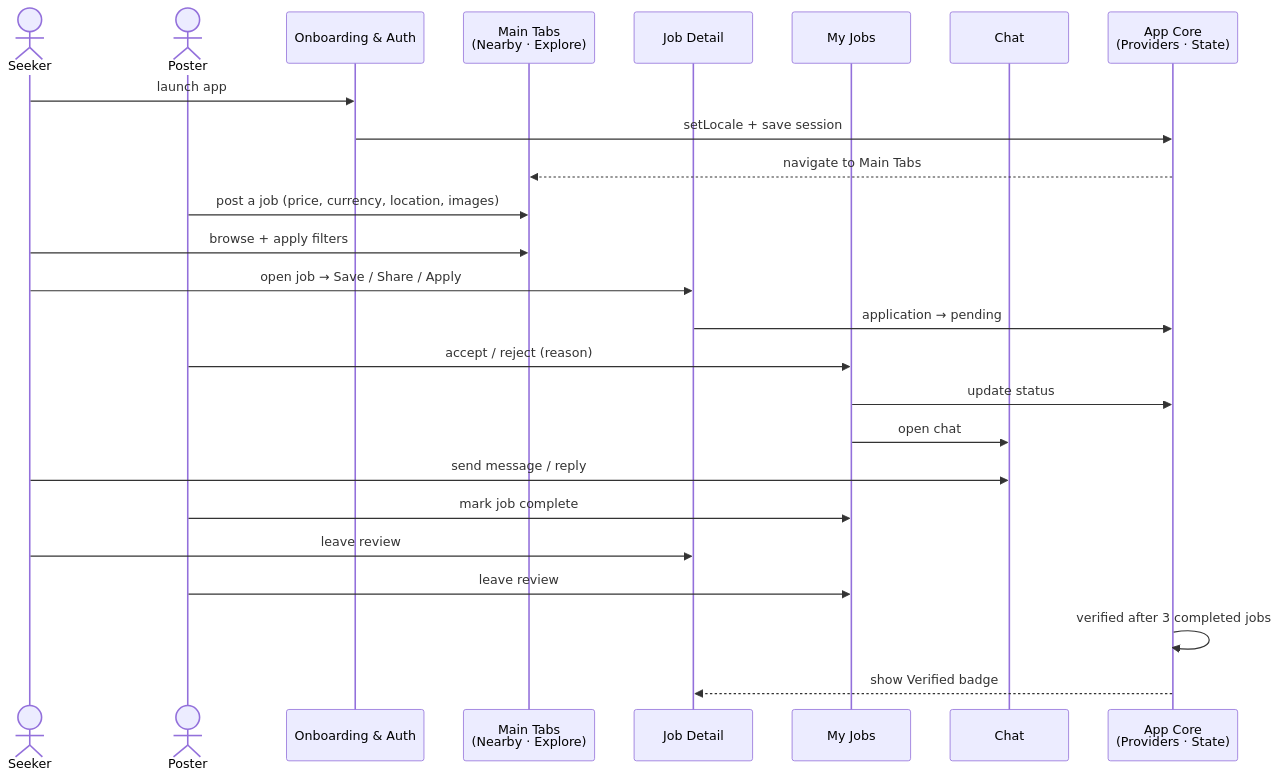
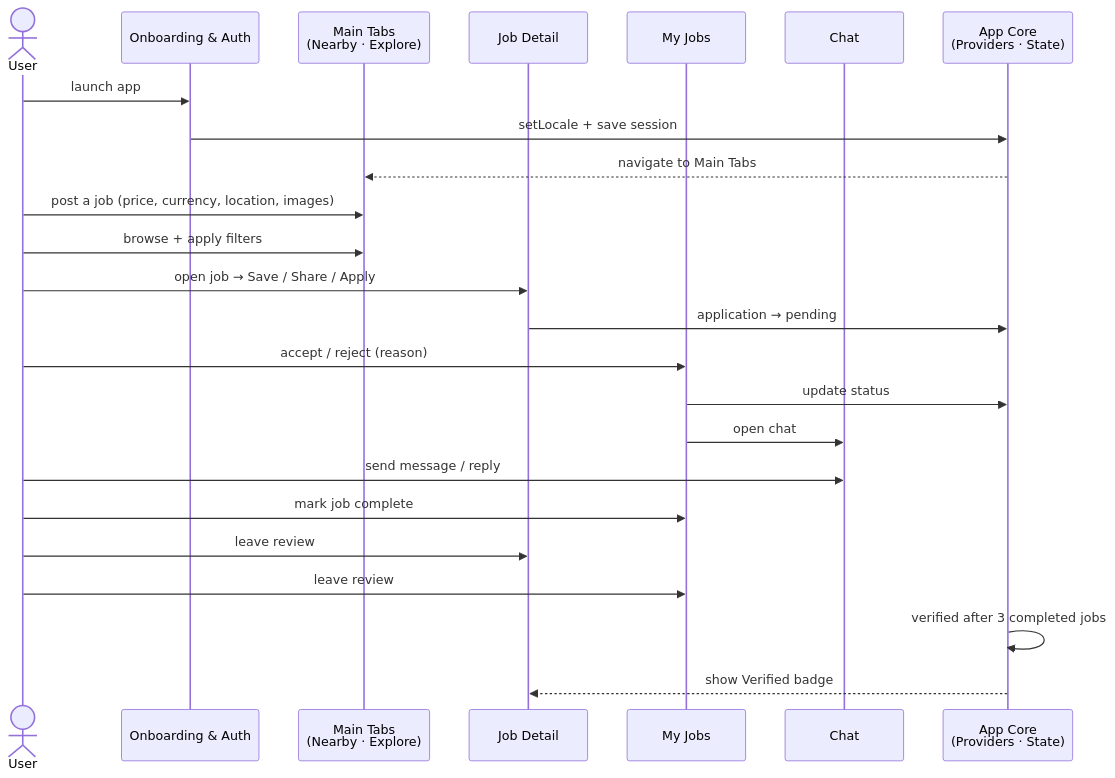
Before and after one commit to phyothant-dev/loc-jobs: the fourth of 5 diagrams in DIAGRAMS.md, drawn with Mermaid. The commit also changed 1 other file, not shown here.

Commit message:
docs: use a single user actor in sequence diagram

````diff
--- a/DIAGRAMS.md
+++ b/DIAGRAMS.md
@@ -332,31 +332,30 @@
 ```mermaid
 sequenceDiagram
-    actor Seeker
-    actor Poster
+    actor User
     participant OB as Onboarding & Auth
     participant TB as Main Tabs<br/>(Nearby · Explore)
     participant JD as Job Detail
     participant MJ as My Jobs
     participant CH as Chat
     participant CO as App Core<br/>(Providers · State)
 
-    Seeker->>OB: launch app
+    User->>OB: launch app
     OB->>CO: setLocale + save session
     CO-->>TB: navigate to Main Tabs
 
-    Poster->>TB: post a job (price, currency, location, images)
-    Seeker->>TB: browse + apply filters
-    Seeker->>JD: open job → Save / Share / Apply
+    User->>TB: post a job (price, currency, location, images)
+    User->>TB: browse + apply filters
+    User->>JD: open job → Save / Share / Apply
     JD->>CO: application → pending
 
-    Poster->>MJ: accept / reject (reason)
+    User->>MJ: accept / reject (reason)
     MJ->>CO: update status
     MJ->>CH: open chat
-    Seeker->>CH: send message / reply
+    User->>CH: send message / reply
 
-    Poster->>MJ: mark job complete
-    Seeker->>JD: leave review
-    Poster->>MJ: leave review
+    User->>MJ: mark job complete
+    User->>JD: leave review
+    User->>MJ: leave review
     CO->>CO: verified after 3 completed jobs
     CO-->>JD: show Verified badge
 ```
````
